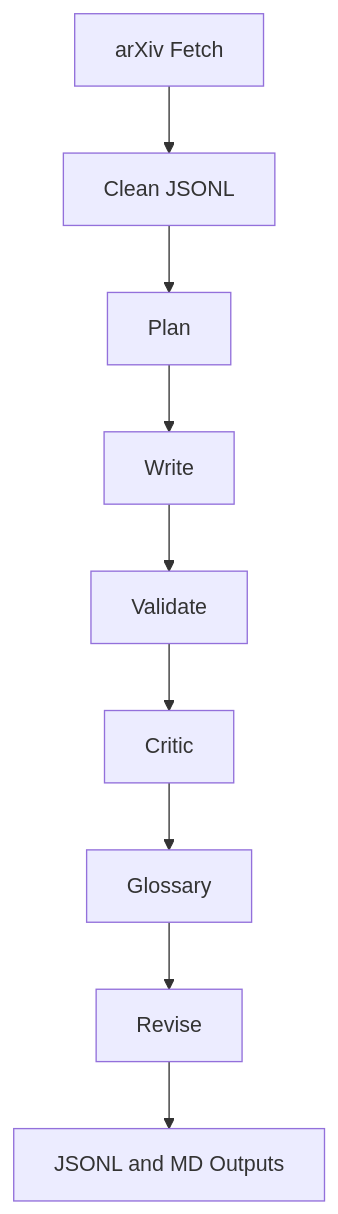
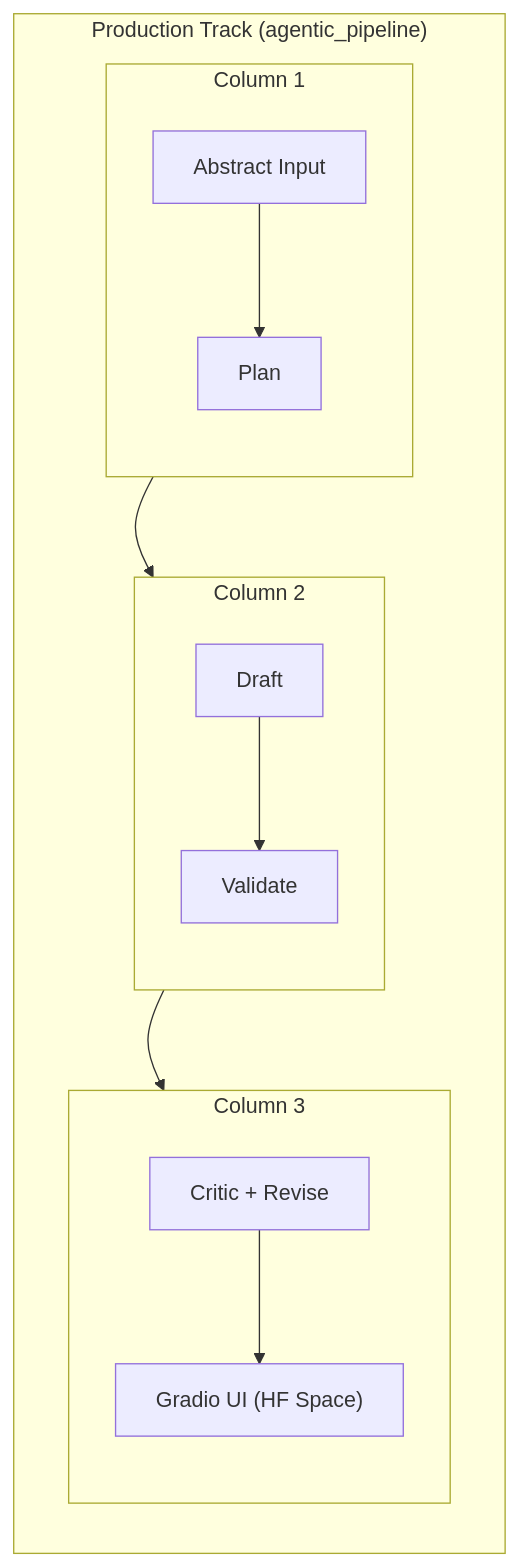
One commit to daspushpita/MiniAstroGPT changed the second of 2 diagrams in README.md. Above: the diagram before and after it, drawn with Mermaid. The commit also changed other lines of this file, not shown here.

````diff
--- a/README.md
+++ b/README.md
@@ -47,11 +119,28 @@
 ```mermaid
-flowchart TD
-  A["arXiv Fetch"] --> B["Clean JSONL"]
-  B --> C["Plan"]
-  C --> D["Write"]
-  D --> E["Validate"]
-  E --> F["Critic"]
-  F --> G["Glossary"]
-  G --> H["Revise"]
-  H --> I["JSONL and MD Outputs"]
+flowchart TB
+  subgraph P["Production Track (agentic_pipeline)"]
+    direction TB
+
+    subgraph P1["Column 1"]
+      direction TB
+      X["Abstract Input"] --> Y["Plan"]
+    end
+
+    subgraph P2["Column 2"]
+      direction TB
+      Z["Draft"] --> U["Validate"]
+    end
+
+    subgraph P3["Column 3"]
+      direction TB
+      V["Critic + Revise"] --> W["Gradio UI (HF Space)"]
+    end
+
+    Y --> Z
+    U --> V
+    X ~~~ Z
+    Z ~~~ V
+    Y ~~~ U
+    U ~~~ W
+  end
 ```
````
